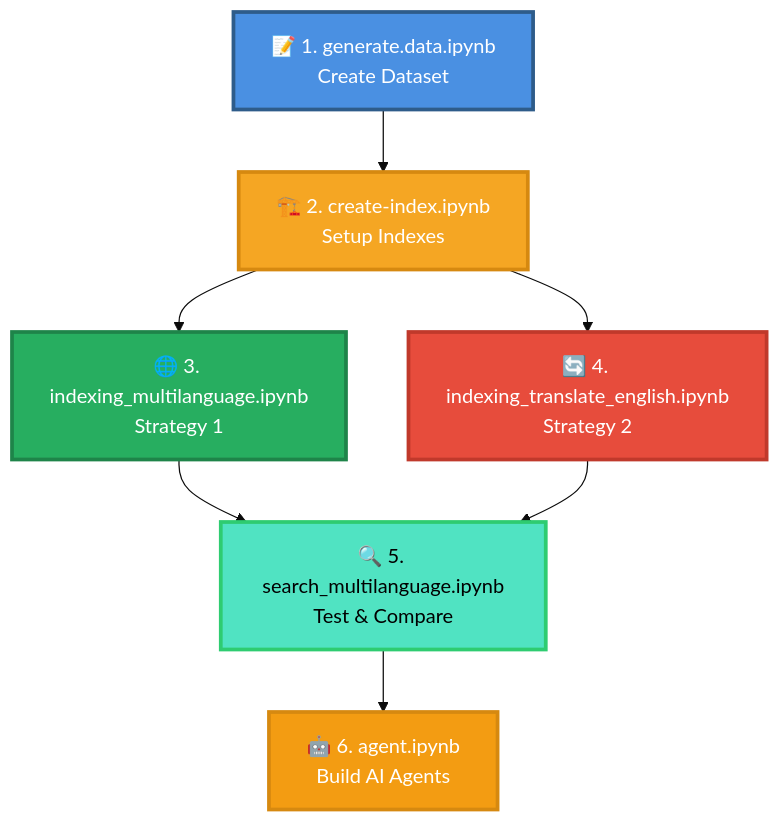
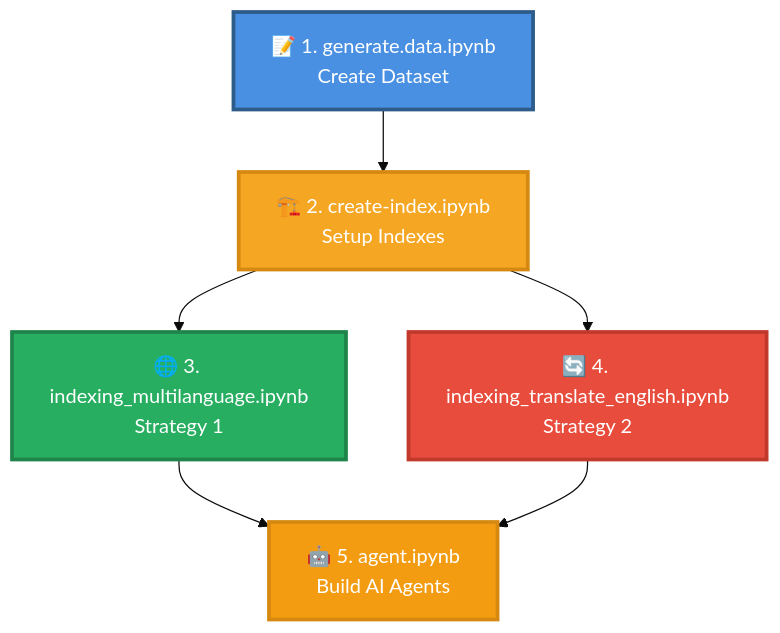
The eighth of 8 diagrams in README.md (hugogirard/RagMultilanguageDemo), drawn with Mermaid (base theme) before and after one commit. The commit also changed other lines of this file, not shown here.

````diff
--- a/README.md
+++ b/README.md
@@ -1035,19 +813,16 @@
 ```mermaid
 graph TB
     A[📝 1. generate.data.ipynb<br/>Create Dataset] --> B[🏗️ 2. create-index.ipynb<br/>Setup Indexes]
     
     B --> C[🌐 3. indexing_multilanguage.ipynb<br/>Strategy 1]
     B --> D[🔄 4. indexing_translate_english.ipynb<br/>Strategy 2]
     
-    C --> E[🔍 5. search_multilanguage.ipynb<br/>Test & Compare]
+    C --> E[🤖 5. agent.ipynb<br/>Build AI Agents]
     D --> E
-    
-    E --> F[🤖 6. agent.ipynb<br/>Build AI Agents]
     
     style A fill:#4A90E2,stroke:#2E5C8A,stroke-width:3px,color:#fff
     style B fill:#F5A623,stroke:#D68910,stroke-width:3px,color:#fff
     style C fill:#27AE60,stroke:#1E8449,stroke-width:3px,color:#fff
     style D fill:#E74C3C,stroke:#C0392B,stroke-width:3px,color:#fff
-    style E fill:#50E3C2,stroke:#2ECC71,stroke-width:3px,color:#000
-    style F fill:#F39C12,stroke:#D68910,stroke-width:3px,color:#fff
+    style E fill:#F39C12,stroke:#D68910,stroke-width:3px,color:#fff
 ```
````
